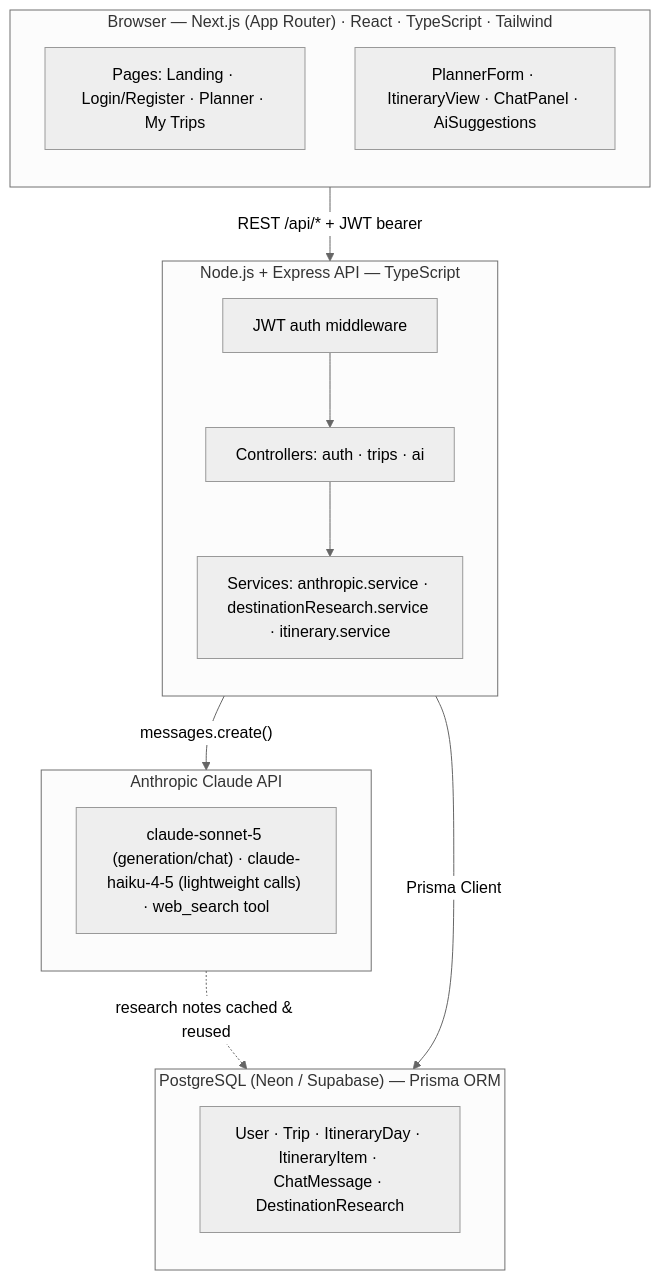
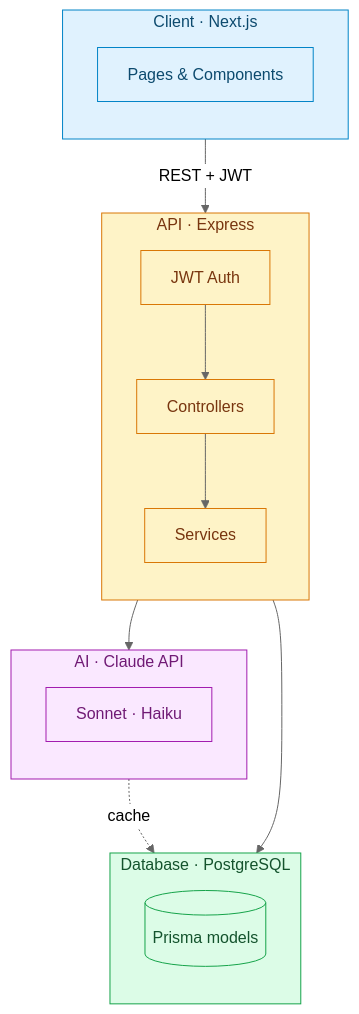
The diagram in README.md (cmhsu81/ai-trip-planner), drawn with Mermaid (neutral theme) before and after one commit.

Commit message:
Simplify and color the README architecture diagram
Node labels crammed multiple components/models into single boxes
(e.g. a services box listing all three service files, a DB box
listing all six Prisma models) and edge labels were full sentences,
making the diagram cluttered on GitHub's plain Mermaid renderer.
Slimmed every node to 1-3 words, dropped or shortened edge labels,
and added classDef fill colors per layer (client/api/data/ai) for
quick visual separation; the existing prose walkthrough right below
the diagram still carries the full detail. Verified the diagram
renders cleanly via mermaid-cli before committing.

Claude-Session: https://claude.ai/code/session_01GEU2xsGx7za4KiYfaVgMgX

````diff
--- a/README.md
+++ b/README.md
@@ -18,31 +18,40 @@
 ```mermaid
 flowchart TB
-  subgraph CLIENT["Browser — Next.js (App Router) · React · TypeScript · Tailwind"]
+  subgraph CLIENT["Client · Next.js"]
     direction TB
-    PAGES["Pages: Landing · Login/Register · Planner · My Trips"]
-    COMP["PlannerForm · ItineraryView · ChatPanel · AiSuggestions"]
+    UI["Pages & Components"]
   end
 
-  subgraph API["Node.js + Express API — TypeScript"]
+  subgraph API["API · Express"]
     direction TB
-    MW["JWT auth middleware"]
-    CTRL["Controllers: auth · trips · ai"]
-    SVC["Services: anthropic.service · destinationResearch.service · itinerary.service"]
-    MW --> CTRL --> SVC
+    AUTH["JWT Auth"]
+    CTRL["Controllers"]
+    SVC["Services"]
+    AUTH --> CTRL --> SVC
   end
 
-  subgraph DATA["PostgreSQL (Neon / Supabase) — Prisma ORM"]
+  subgraph DATA["Database · PostgreSQL"]
     direction TB
-    TBL["User · Trip · ItineraryDay · ItineraryItem · ChatMessage · DestinationResearch"]
+    DB[(Prisma models)]
   end
 
-  subgraph AI["Anthropic Claude API"]
+  subgraph AI["AI · Claude API"]
     direction TB
-    CLAUDE["claude-sonnet-5 (generation/chat) · claude-haiku-4-5 (lightweight calls) · web_search tool"]
+    MODEL["Sonnet · Haiku"]
   end
 
-  CLIENT -- "REST /api/* + JWT bearer" --> API
-  SVC -- "Prisma Client" --> DATA
-  SVC -- "messages.create()" --> AI
-  AI -. "research notes cached & reused" .-> TBL
+  UI -->|REST + JWT| AUTH
+  SVC --> DB
+  SVC --> MODEL
+  MODEL -.->|cache| DB
+
+  classDef client fill:#e0f2fe,stroke:#0284c7,color:#0c4a6e;
+  classDef api fill:#fef3c7,stroke:#d97706,color:#78350f;
+  classDef data fill:#dcfce7,stroke:#16a34a,color:#14532d;
+  classDef ai fill:#fae8ff,stroke:#a21caf,color:#701a75;
+
+  class CLIENT,UI client
+  class API,AUTH,CTRL,SVC api
+  class DATA,DB data
+  class AI,MODEL ai
 ```
````
